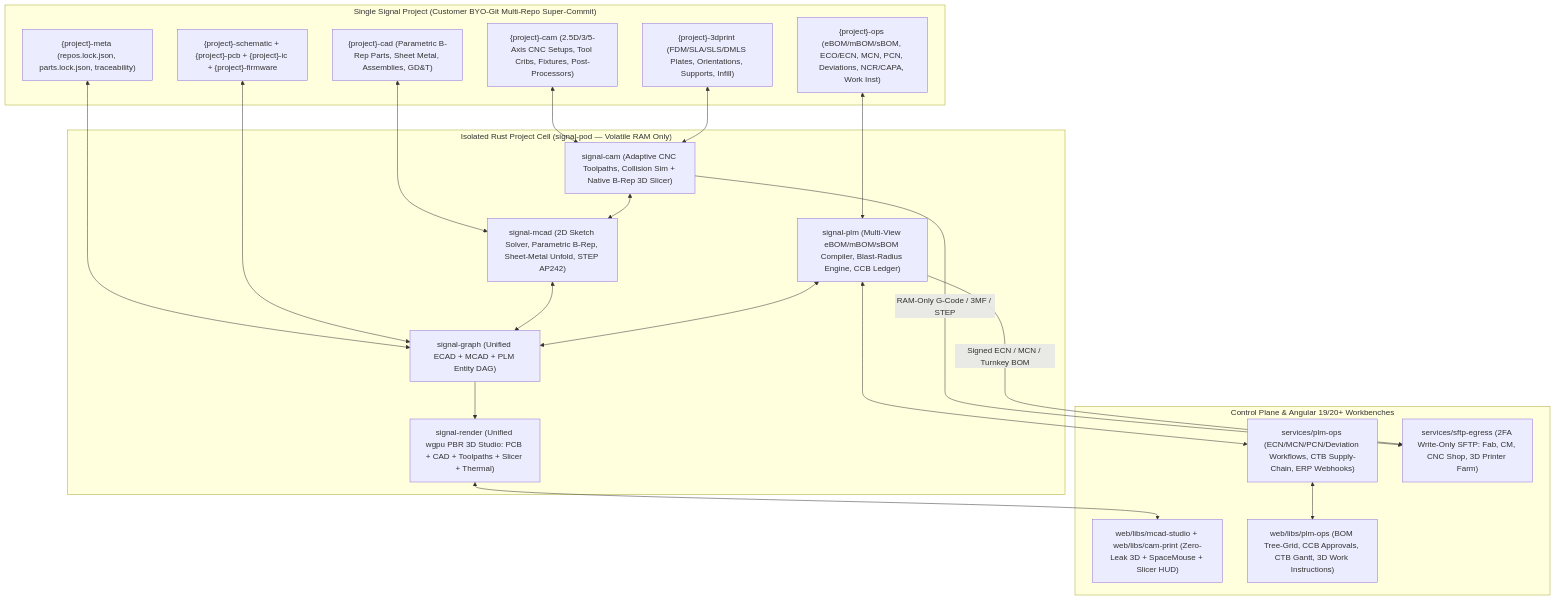
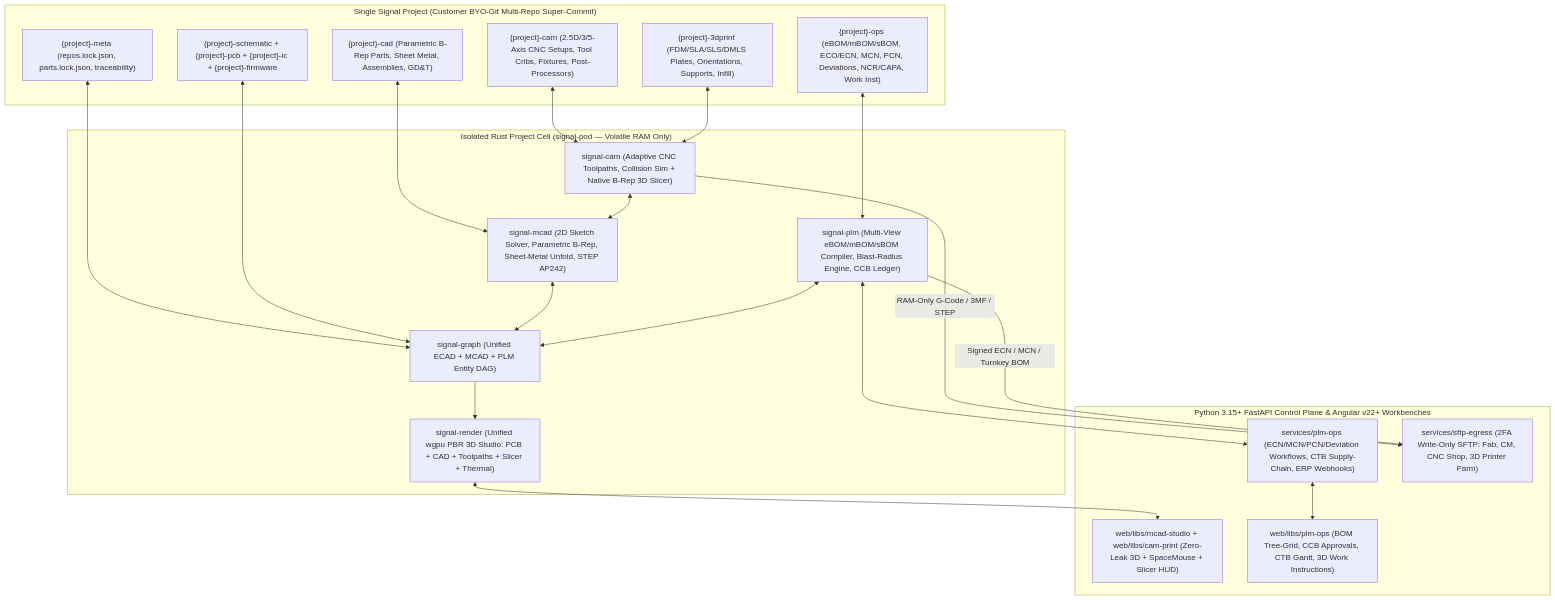
The first of 2 diagrams in architecture/19-cad-cam-3d-printing-and-plm-operations.md (the-code-master/signal), drawn with Mermaid before and after one commit. The commit also changed other lines of this file and 52 other files, not shown here.

Commit message:
docs: enforce Angular v22+, Rust 1.100+, Node 26 LTS+ & adopt Python 3.15+ FastAPI Control Plane (ADR-002)

````diff
--- a/architecture/19-cad-cam-3d-printing-and-plm-operations.md
+++ b/architecture/19-cad-cam-3d-printing-and-plm-operations.md
@@ -16,42 +16,42 @@
 ```mermaid
 flowchart TB
     subgraph MultiRepo["Single Signal Project (Customer BYO-Git Multi-Repo Super-Commit)"]
         Meta["{project}-meta (repos.lock.json, parts.lock.json, traceability)"]
         ECAD["{project}-schematic + {project}-pcb + {project}-ic + {project}-firmware"]
         MCAD["{project}-cad (Parametric B-Rep Parts, Sheet Metal, Assemblies, GD&T)"]
         CAM["{project}-cam (2.5D/3/5-Axis CNC Setups, Tool Cribs, Fixtures, Post-Processors)"]
         P3D["{project}-3dprint (FDM/SLA/SLS/DMLS Plates, Orientations, Supports, Infill)"]
         OPS["{project}-ops (eBOM/mBOM/sBOM, ECO/ECN, MCN, PCN, Deviations, NCR/CAPA, Work Inst)"]
     end
 
     subgraph RustCell["Isolated Rust Project Cell (signal-pod — Volatile RAM Only)"]
         Graph["signal-graph (Unified ECAD + MCAD + PLM Entity DAG)"]
         RMcad["signal-mcad (2D Sketch Solver, Parametric B-Rep, Sheet-Metal Unfold, STEP AP242)"]
         RCam["signal-cam (Adaptive CNC Toolpaths, Collision Sim + Native B-Rep 3D Slicer)"]
         RPlm["signal-plm (Multi-View eBOM/mBOM/sBOM Compiler, Blast-Radius Engine, CCB Ledger)"]
         Render["signal-render (Unified wgpu PBR 3D Studio: PCB + CAD + Toolpaths + Slicer + Thermal)"]
     end
 
-    subgraph ControlUI["Control Plane & Angular 19/20+ Workbenches"]
+    subgraph ControlUI["Python 3.15+ FastAPI Control Plane & Angular v22+ Workbenches"]
         SvcOps["services/plm-ops (ECN/MCN/PCN/Deviation Workflows, CTB Supply-Chain, ERP Webhooks)"]
         SFTP["services/sftp-egress (2FA Write-Only SFTP: Fab, CM, CNC Shop, 3D Printer Farm)"]
         UIMcad["web/libs/mcad-studio + web/libs/cam-print (Zero-Leak 3D + SpaceMouse + Slicer HUD)"]
         UIPlm["web/libs/plm-ops (BOM Tree-Grid, CCB Approvals, CTB Gantt, 3D Work Instructions)"]
     end
 
     Meta <--> Graph
     ECAD <--> Graph
     MCAD <--> RMcad
     CAM <--> RCam
     P3D <--> RCam
     OPS <--> RPlm
     RMcad <--> Graph
     RCam <--> RMcad
     RPlm <--> Graph
     Graph --> Render
     Render <--> UIMcad
     RPlm <--> SvcOps
     SvcOps <--> UIPlm
     RCam -->|"RAM-Only G-Code / 3MF / STEP"| SFTP
     RPlm -->|"Signed ECN / MCN / Turnkey BOM"| SFTP
 ```
````
